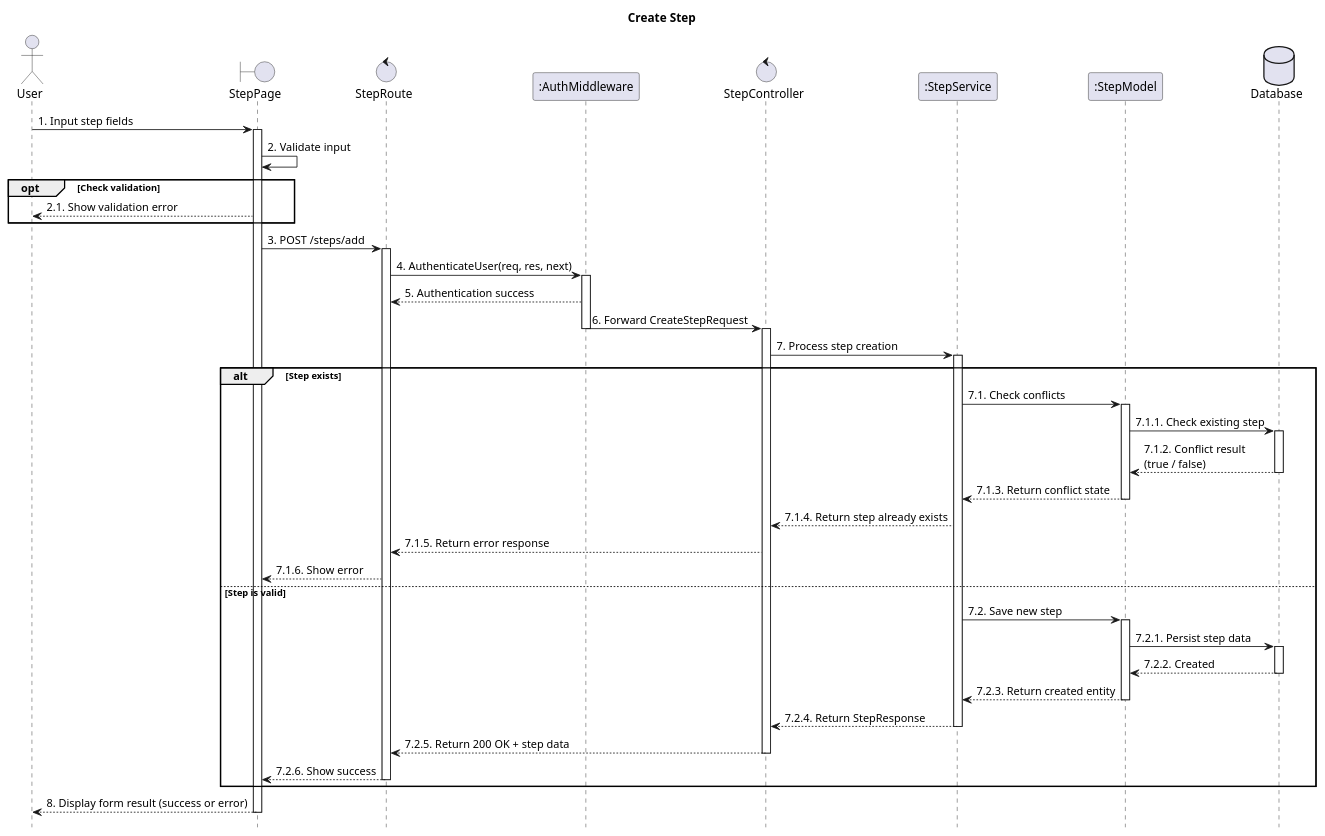
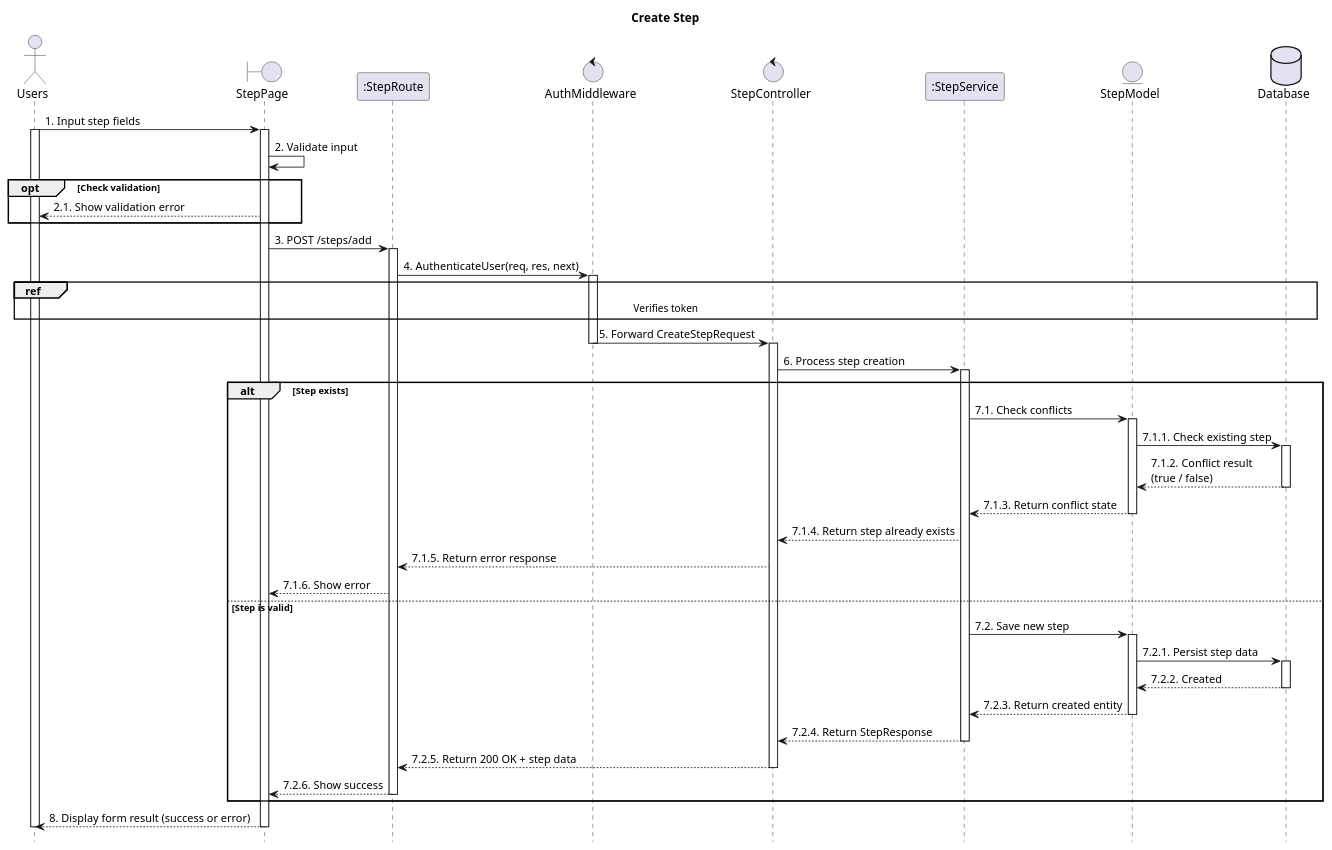
One commit to VietDurian/VietDurian changed the diagram in planuml/web/15.1_createStep.puml. Above: the diagram before and after it, drawn with PlantUML. The commit also changed 29 other files, not shown here.

Commit message:
Adjust sequence for Web

```diff
--- a/planuml/web/15.1_createStep.puml
+++ b/planuml/web/15.1_createStep.puml
@@ -1,73 +1,75 @@
 @startuml 15.1_createStep
 hide footbox
 title Create Step
 
-actor User
+actor User as "Users"
 boundary StepPage as View
-control StepRoute as Route
-participant ":AuthMiddleware" as Middleware
+participant ":StepRoute" as Route
+control "AuthMiddleware" as Middleware
 control "StepController" as Controller
 participant ":StepService" as Service
-participant ":StepModel" as Model
+entity "StepModel" as Model
 database Database as Database
 
 
 User -> View : 1. Input step fields
 activate View
+activate User
 View -> View : 2. Validate input
 
 opt Check validation
     View --> User : 2.1. Show validation error
 end
 
     View -> Route : 3. POST /steps/add
     activate Route
 
     Route -> Middleware : 4. AuthenticateUser(req, res, next)
     activate Middleware
-    Middleware --> Route : 5. Authentication success
-    Middleware -> Controller : 6. Forward CreateStepRequest
+    ref over User, Database : Verifies token
+    Middleware -> Controller : 5. Forward CreateStepRequest
     deactivate Middleware
     activate Controller
 
-    Controller -> Service : 7. Process step creation
+    Controller -> Service : 6. Process step creation
     activate Service
 
 alt Step exists
     Service -> Model : 7.1. Check conflicts
     activate Model
 
     Model -> Database : 7.1.1. Check existing step
     activate Database
     Database --> Model : 7.1.2. Conflict result\n(true / false)
     deactivate Database
 
     Model --> Service : 7.1.3. Return conflict state
     deactivate Model
 
         Service --> Controller : 7.1.4. Return step already exists
         Controller --> Route : 7.1.5. Return error response
         Route --> View : 7.1.6. Show error
 else Step is valid
         Service -> Model : 7.2. Save new step
         activate Model
 
         Model -> Database : 7.2.1. Persist step data
         activate Database
         Database --> Model : 7.2.2. Created
         deactivate Database
 
         Model --> Service : 7.2.3. Return created entity
         deactivate Model
 
         Service --> Controller : 7.2.4. Return StepResponse
         deactivate Service
         Controller --> Route : 7.2.5. Return 200 OK + step data
         deactivate Controller
         Route --> View : 7.2.6. Show success
         deactivate Route
 end
 
 View --> User : 8. Display form result (success or error)
 deactivate View
+deactivate User
 @enduml
```
